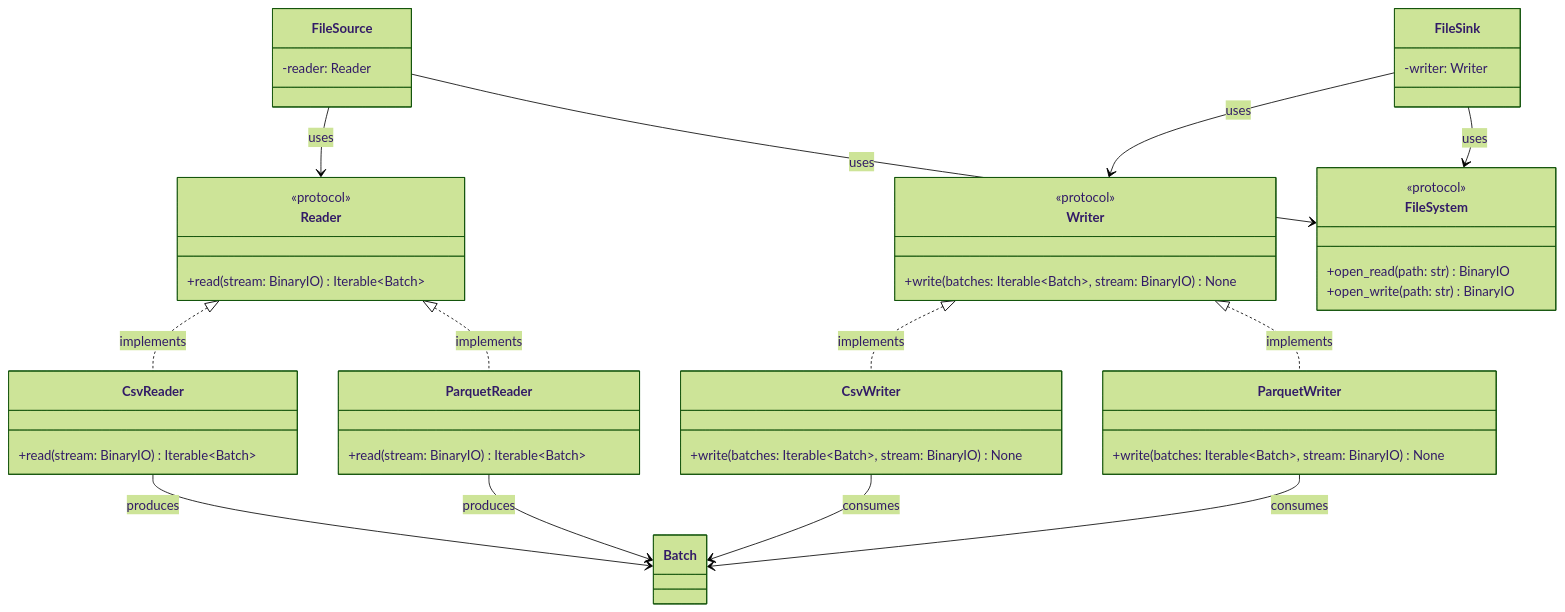
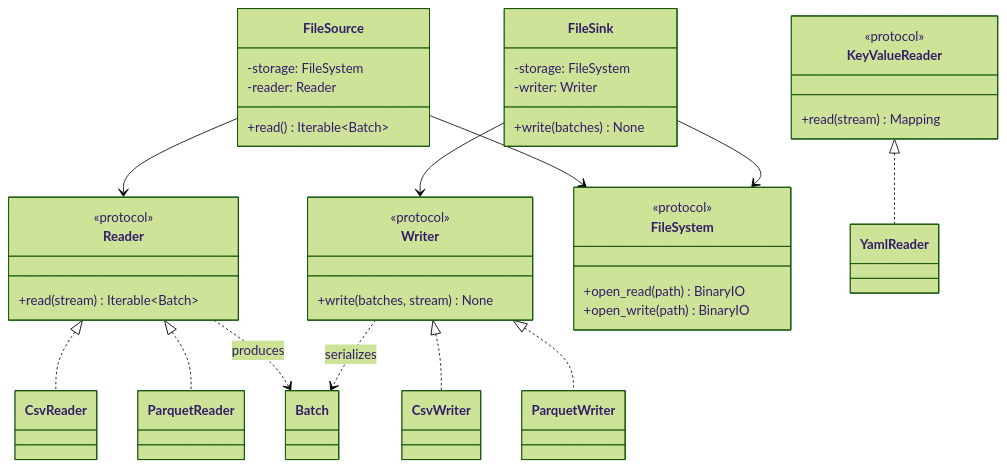
Before and after one commit to apaquette/ETLRelay: the third of 3 diagrams in docs/architecture/reader_and_writer.md, drawn with Mermaid (forest theme). The commit also changed other lines of this file and 38 other files, not shown here.

````diff
--- a/docs/architecture/reader_and_writer.md
+++ b/docs/architecture/reader_and_writer.md
@@ -17,60 +92,50 @@
 ```mermaid
 classDiagram
+    direction TB
+
     class Reader {
         <<protocol>>
-        +read(stream: BinaryIO) Iterable~Batch~
+        +read(stream) Iterable~Batch~
     }
-
     class Writer {
         <<protocol>>
-        +write(batches: Iterable~Batch~, stream: BinaryIO) None
+        +write(batches, stream) None
     }
-
-    class CsvReader {
-        +read(stream: BinaryIO) Iterable~Batch~
-    }
-
-    class CsvWriter {
-        +write(batches: Iterable~Batch~, stream: BinaryIO) None
-    }
-
-    class ParquetReader {
-        +read(stream: BinaryIO) Iterable~Batch~
-    }
-
-    class ParquetWriter {
-        +write(batches: Iterable~Batch~, stream: BinaryIO) None
-    }
-
+    class CsvReader
+    class ParquetReader
+    class CsvWriter
+    class ParquetWriter
     class Batch
-
-    class FileSource {
-        -reader: Reader
-    }
-
-    class FileSink {
-        -writer: Writer
-    }
-
     class FileSystem {
         <<protocol>>
-        +open_read(path: str) BinaryIO
-        +open_write(path: str) BinaryIO
+        +open_read(path) BinaryIO
+        +open_write(path) BinaryIO
     }
+    class FileSource {
+        -storage: FileSystem
+        -reader: Reader
+        +read() Iterable~Batch~
+    }
+    class FileSink {
+        -storage: FileSystem
+        -writer: Writer
+        +write(batches) None
+    }
+    class KeyValueReader {
+        <<protocol>>
+        +read(stream) Mapping
+    }
+    class YamlReader
 
-    Reader <|.. CsvReader : implements
-    Writer <|.. CsvWriter : implements
-    Reader <|.. ParquetReader : implements
-    Writer <|.. ParquetWriter : implements
-
-    FileSource --> Reader : uses
-    FileSink --> Writer : uses
-
-    FileSource --> FileSystem : uses
-    FileSink --> FileSystem : uses
-
-    CsvReader --> Batch : produces
-    CsvWriter --> Batch : consumes
-    ParquetReader --> Batch : produces
-    ParquetWriter --> Batch : consumes
+    Reader <|.. CsvReader
+    Reader <|.. ParquetReader
+    Writer <|.. CsvWriter
+    Writer <|.. ParquetWriter
+    KeyValueReader <|.. YamlReader
+    FileSource --> FileSystem
+    FileSource --> Reader
+    FileSink --> FileSystem
+    FileSink --> Writer
+    Reader ..> Batch : produces
+    Writer ..> Batch : serializes
 ```
````
